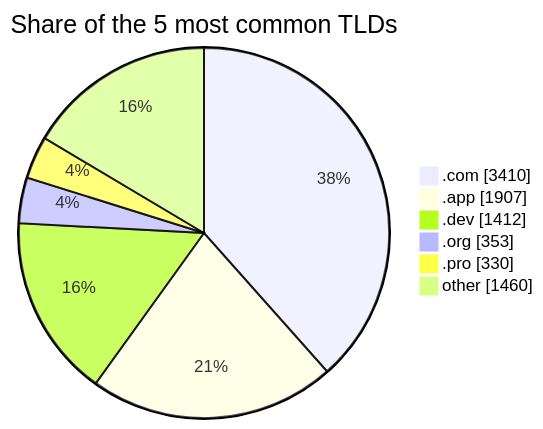
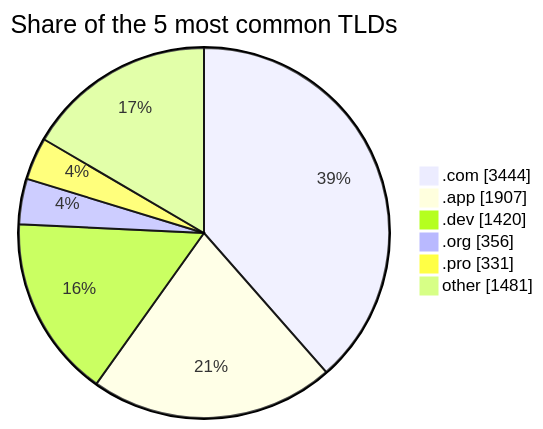
Before and after one commit to DNSBunker/CTI: the second of 2 diagrams in README.md, drawn with Mermaid. The commit also changed other lines of this file and 3 other files, not shown here.

````diff
--- a/README.md
+++ b/README.md
@@ -72,9 +72,9 @@
 ```mermaid
 pie showData title Share of the 5 most common TLDs
-    ".com" : 3410
+    ".com" : 3444
     ".app" : 1907
-    ".dev" : 1412
-    ".org" : 353
-    ".pro" : 330
-    "other" : 1460
+    ".dev" : 1420
+    ".org" : 356
+    ".pro" : 331
+    "other" : 1481
 ```
````
